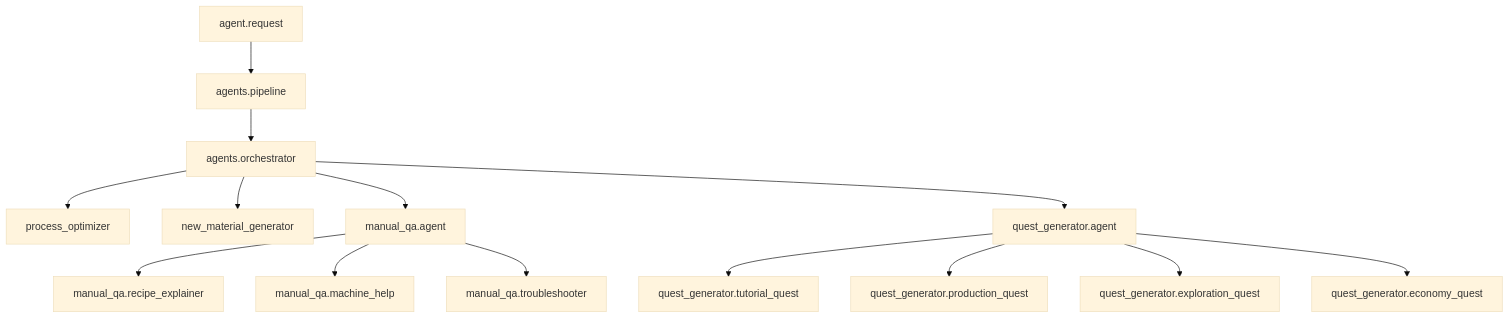
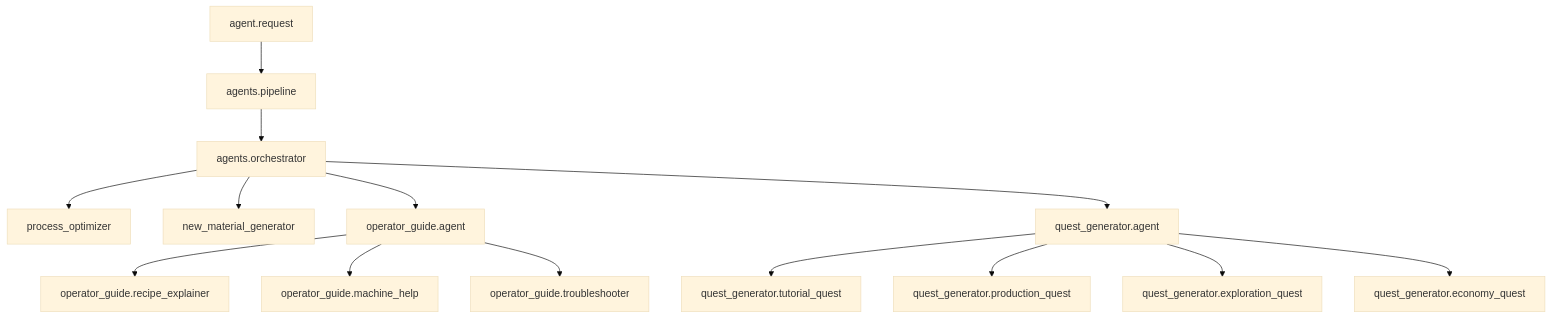
Before and after one commit to PU3-Lab/factory-space: the diagram in backend/src/AGENT_ROLES.md, drawn with Mermaid (base theme). The commit also changed other lines of this file and 25 other files, not shown here.

Commit message:
Refs #19 manual_qa를 operator_guide로 변경

````diff
--- a/backend/src/AGENT_ROLES.md
+++ b/backend/src/AGENT_ROLES.md
@@ -15,19 +15,19 @@
 ```mermaid
 flowchart TD
     Client[agent.request] --> Pipeline[agents.pipeline]
     Pipeline --> Orchestrator[agents.orchestrator]
 
     Orchestrator --> Process[process_optimizer]
     Orchestrator --> Material[new_material_generator]
-    Orchestrator --> Manual[manual_qa.agent]
+    Orchestrator --> OperatorGuide[operator_guide.agent]
     Orchestrator --> Quest[quest_generator.agent]
 
-    Manual --> Recipe[manual_qa.recipe_explainer]
-    Manual --> Machine[manual_qa.machine_help]
-    Manual --> Trouble[manual_qa.troubleshooter]
+    OperatorGuide --> Recipe[operator_guide.recipe_explainer]
+    OperatorGuide --> Machine[operator_guide.machine_help]
+    OperatorGuide --> Trouble[operator_guide.troubleshooter]
 
     Quest --> Tutorial[quest_generator.tutorial_quest]
     Quest --> Production[quest_generator.production_quest]
     Quest --> Exploration[quest_generator.exploration_quest]
     Quest --> Economy[quest_generator.economy_quest]
 ```
````
